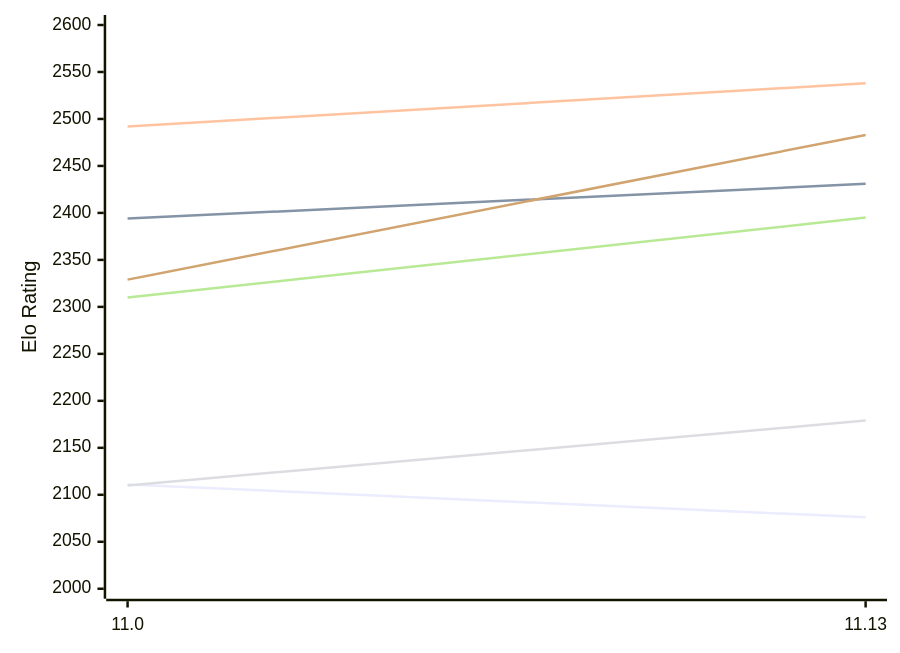
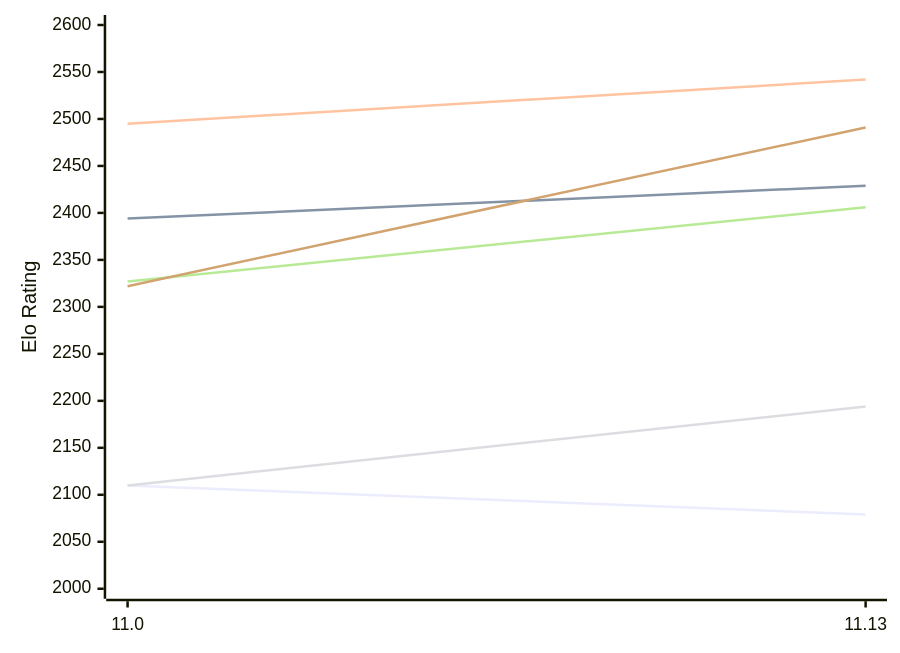
The diagram in engines/Liora.md (computer-chess-index/cci), drawn with Mermaid before and after one commit. The commit also changed other lines of this file, not shown here.

Commit message:
Update CCI Ratings (ELO VLTC) - 2026-11-25

````diff
--- a/engines/Liora.md
+++ b/engines/Liora.md
@@ -49,12 +49,12 @@
 ```mermaid
 %%{init: {"theme":"base","themeVariables":{"seriesColors:['#a3a3a3','#222221','#faa371']}}}%%
 xychart-beta
   x-axis ["11.0", "11.13"]
   y-axis "Elo Rating" 2000 --> 2600
-  line "E1: STC (8.0+0.08s)" [2111, 2076]
-  line "E1: LTC (60.0+0.60s)" [2394, 2431]
-  line "E1: VLTC (2m24s+1.12s)" [2492, 2538]
-  line "P1: STC (8.0+0.08s)" [2110, 2179]
-  line "P1: LTC (60.0+0.60s)" [2310, 2395]
-  line "P1: VLTC (2m24s+1.12s)" [2329, 2483]
+  line "E1: STC (8.0+0.08s)" [2110, 2079]
+  line "E1: LTC (60.0+0.60s)" [2394, 2429]
+  line "E1: VLTC (2m24s+1.12s)" [2495, 2542]
+  line "P1: STC (8.0+0.08s)" [2110, 2194]
+  line "P1: LTC (60.0+0.60s)" [2327, 2406]
+  line "P1: VLTC (2m24s+1.12s)" [2322, 2491]
 ```
````
